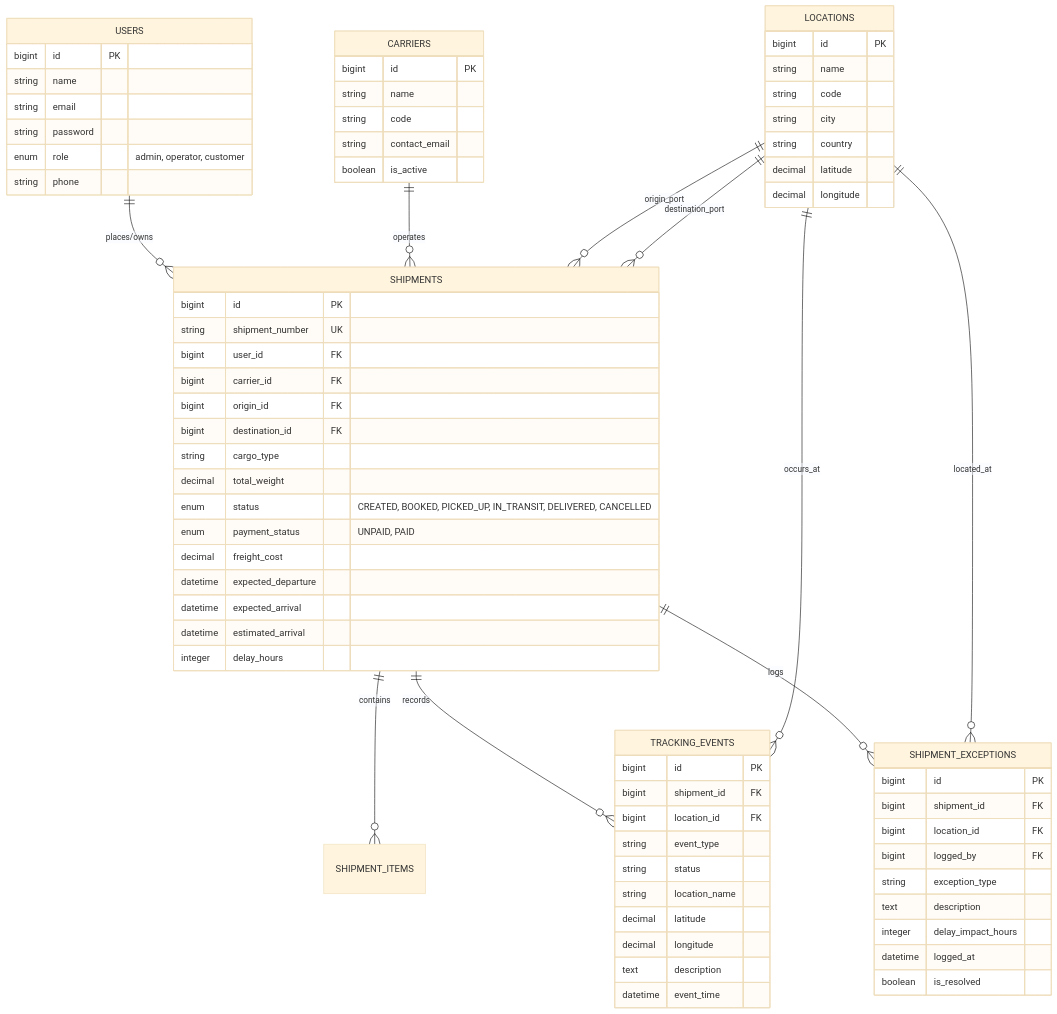
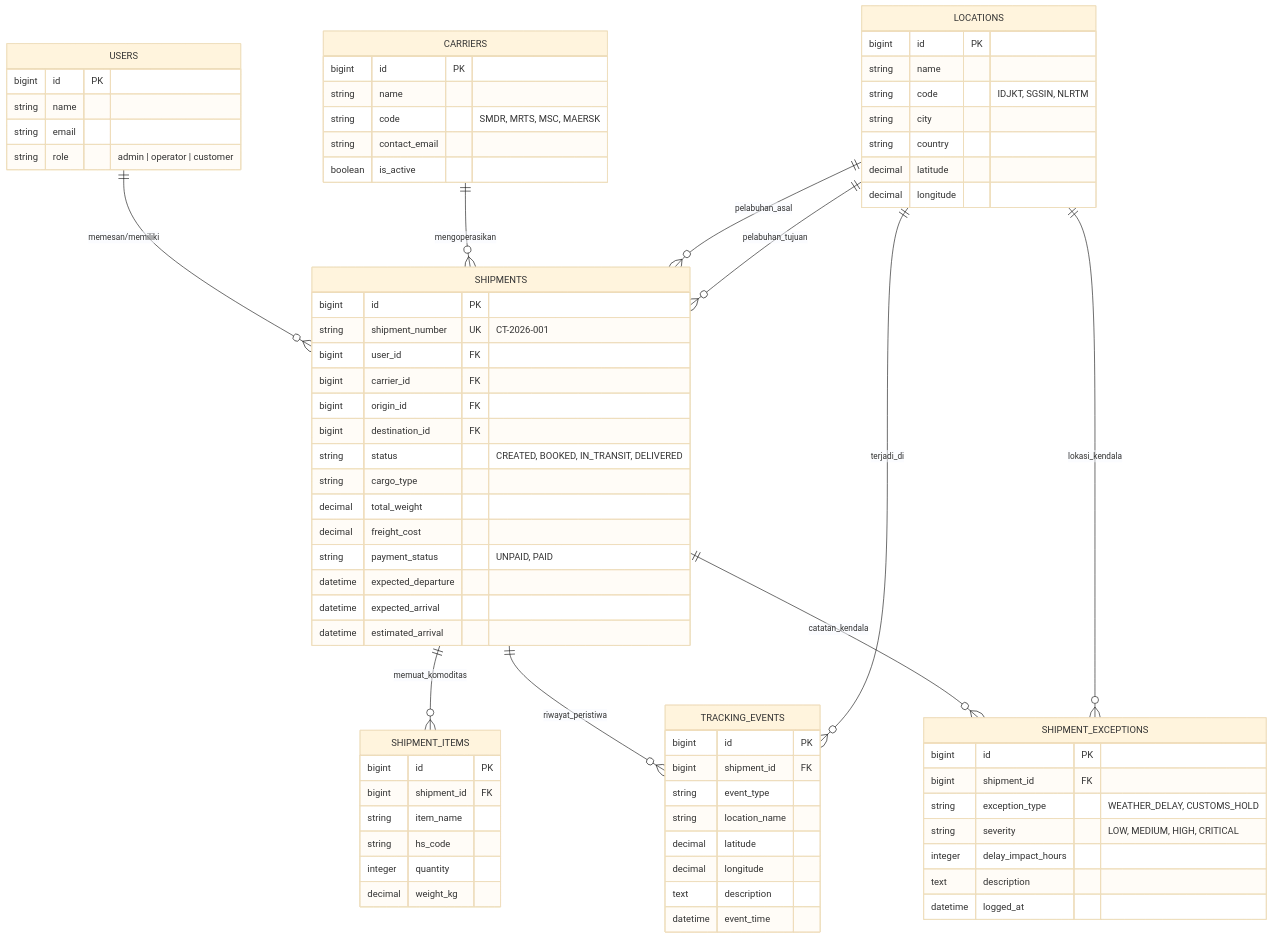
Before and after one commit to yesiclaudia89-crypto/cargotrace: the diagram in README.md, drawn with Mermaid (base theme). The commit also changed other lines of this file and 7 other files, not shown here.

````diff
--- a/README.md
+++ b/README.md
@@ -87,28 +96,26 @@
 ```mermaid
 erDiagram
-    USERS ||--o{ SHIPMENTS : "places/owns"
-    CARRIERS ||--o{ SHIPMENTS : "operates"
-    LOCATIONS ||--o{ SHIPMENTS : "origin_port"
-    LOCATIONS ||--o{ SHIPMENTS : "destination_port"
-    SHIPMENTS ||--o{ SHIPMENT_ITEMS : "contains"
-    SHIPMENTS ||--o{ TRACKING_EVENTS : "records"
-    SHIPMENTS ||--o{ SHIPMENT_EXCEPTIONS : "logs"
-    LOCATIONS ||--o{ TRACKING_EVENTS : "occurs_at"
-    LOCATIONS ||--o{ SHIPMENT_EXCEPTIONS : "located_at"
+    USERS ||--o{ SHIPMENTS : "memesan/memiliki"
+    CARRIERS ||--o{ SHIPMENTS : "mengoperasikan"
+    LOCATIONS ||--o{ SHIPMENTS : "pelabuhan_asal"
+    LOCATIONS ||--o{ SHIPMENTS : "pelabuhan_tujuan"
+    SHIPMENTS ||--o{ SHIPMENT_ITEMS : "memuat_komoditas"
+    SHIPMENTS ||--o{ TRACKING_EVENTS : "riwayat_peristiwa"
+    SHIPMENTS ||--o{ SHIPMENT_EXCEPTIONS : "catatan_kendala"
+    LOCATIONS ||--o{ TRACKING_EVENTS : "terjadi_di"
+    LOCATIONS ||--o{ SHIPMENT_EXCEPTIONS : "lokasi_kendala"
 
     USERS {
         bigint id PK
         string name
         string email
-        string password
-        enum role "admin, operator, customer"
-        string phone
+        string role "admin | operator | customer"
     }
 
     CARRIERS {
         bigint id PK
         string name
-        string code
+        string code "SMDR, MRTS, MSC, MAERSK"
         string contact_email
         boolean is_active
     }
@@ -116,7 +123,7 @@
     LOCATIONS {
         bigint id PK
         string name
-        string code
+        string code "IDJKT, SGSIN, NLRTM"
         string city
         string country
         decimal latitude
@@ -125,28 +132,34 @@
 
     SHIPMENTS {
         bigint id PK
-        string shipment_number UK
+        string shipment_number UK "CT-2026-001"
         bigint user_id FK
         bigint carrier_id FK
         bigint origin_id FK
         bigint destination_id FK
+        string status "CREATED, BOOKED, IN_TRANSIT, DELIVERED"
         string cargo_type
         decimal total_weight
-        enum status "CREATED, BOOKED, PICKED_UP, IN_TRANSIT, DELIVERED, CANCELLED"
-        enum payment_status "UNPAID, PAID"
         decimal freight_cost
+        string payment_status "UNPAID, PAID"
         datetime expected_departure
         datetime expected_arrival
         datetime estimated_arrival
-        integer delay_hours
+    }
+
+    SHIPMENT_ITEMS {
+        bigint id PK
+        bigint shipment_id FK
+        string item_name
+        string hs_code
+        integer quantity
+        decimal weight_kg
     }
 
     TRACKING_EVENTS {
         bigint id PK
         bigint shipment_id FK
-        bigint location_id FK
         string event_type
-        string status
         string location_name
         decimal latitude
         decimal longitude
@@ -157,12 +170,10 @@
     SHIPMENT_EXCEPTIONS {
         bigint id PK
         bigint shipment_id FK
-        bigint location_id FK
-        bigint logged_by FK
-        string exception_type
+        string exception_type "WEATHER_DELAY, CUSTOMS_HOLD"
+        string severity "LOW, MEDIUM, HIGH, CRITICAL"
+        integer delay_impact_hours
         text description
-        integer delay_impact_hours
         datetime logged_at
-        boolean is_resolved
     }
 ```
````
